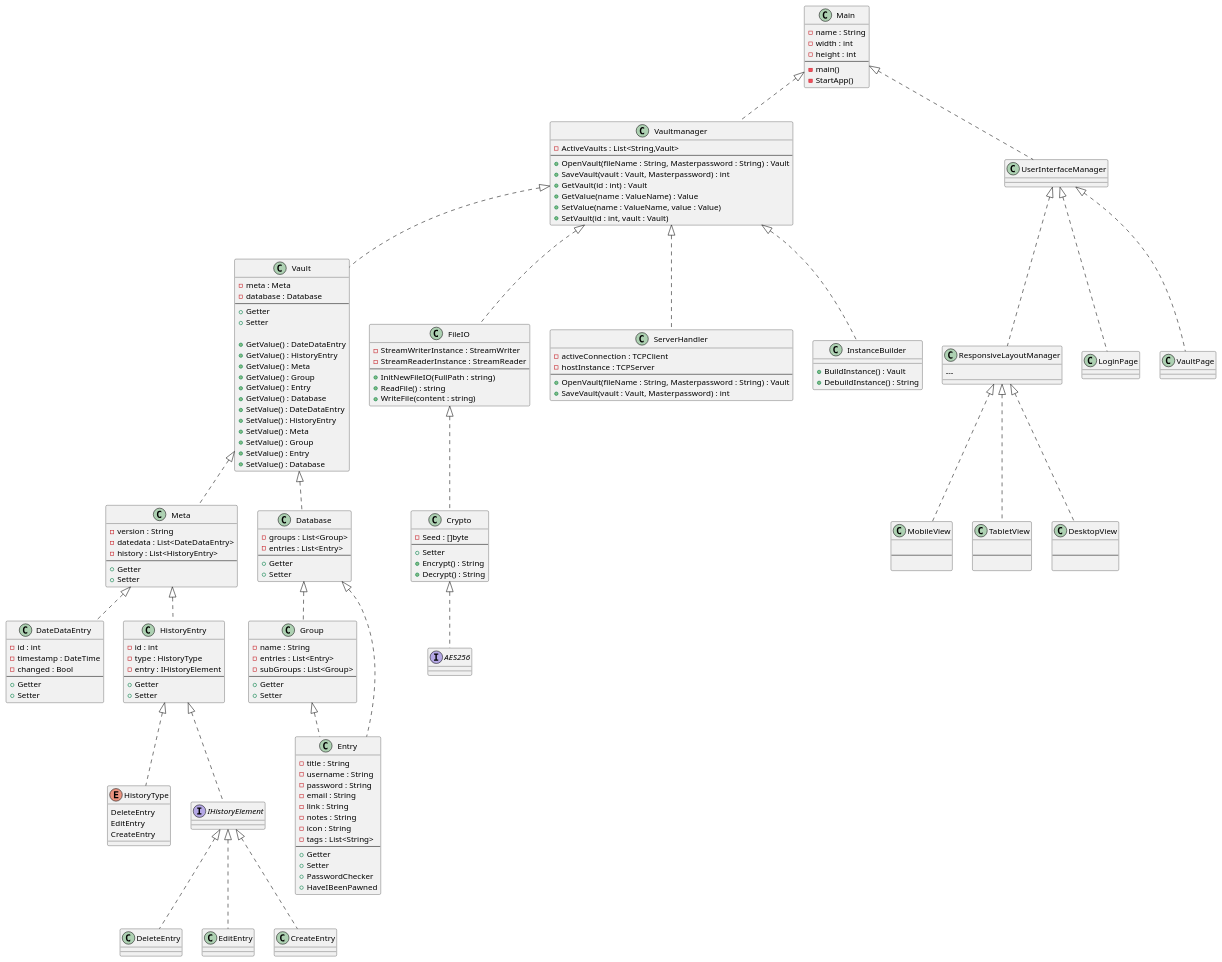
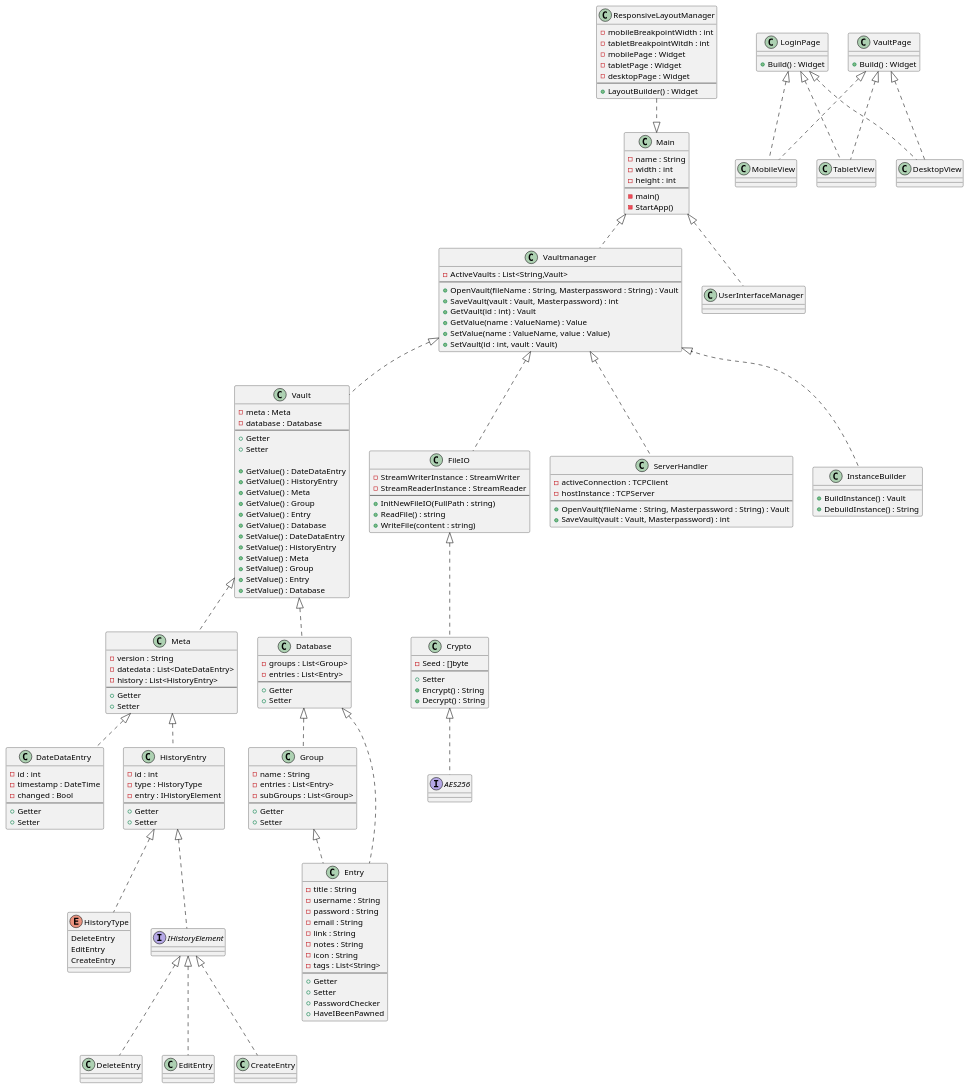
Before and after one commit to rogue4u/SWEP-Passwordmanager: the diagram in docs/ClassDiagram.plantuml, drawn with PlantUML.

```diff
--- a/docs/ClassDiagram.plantuml
+++ b/docs/ClassDiagram.plantuml
@@ -3,193 +3,192 @@
 @startuml ClassDiagram
 
 Main <|.. Vaultmanager
 Main <|.. UserInterfaceManager
 class Main {
     - name : String
     - width : int
     - height : int
     ---
     - main()
     - StartApp()
 }
 
 Vault <|.. Meta
 Vault <|.. Database
 class Vault {
     - meta : Meta
     - database : Database
     ---
     + Getter
     + Setter
 
     + GetValue() : DateDataEntry
     + GetValue() : HistoryEntry
     + GetValue() : Meta
     + GetValue() : Group
     + GetValue() : Entry
     + GetValue() : Database
     + SetValue() : DateDataEntry
     + SetValue() : HistoryEntry
     + SetValue() : Meta
     + SetValue() : Group
     + SetValue() : Entry
     + SetValue() : Database
 }
 
 Meta <|.. DateDataEntry
 Meta <|.. HistoryEntry
 class Meta {
     - version : String
     - datedata : List<DateDataEntry>
     - history : List<HistoryEntry>
     ---
     + Getter
     + Setter
 }
 
 class DateDataEntry {
     - id : int
     - timestamp : DateTime
     - changed : Bool
     ---
     + Getter
     + Setter
 }
 HistoryEntry <|.. HistoryType
 HistoryEntry <|.. IHistoryElement
 class HistoryEntry {
     - id : int
     - type : HistoryType
     - entry : IHistoryElement
     ---
     + Getter
     + Setter
 }
 enum HistoryType {
     DeleteEntry
     EditEntry
     CreateEntry
 }
 IHistoryElement <|.. DeleteEntry
 IHistoryElement <|.. EditEntry
 IHistoryElement <|.. CreateEntry
 interface IHistoryElement
 class DeleteEntry
 class EditEntry
 class EditEntry
 
 Database <|.. Group
 Database <|.. Entry
 class Database {
     - groups : List<Group>
     - entries : List<Entry>
     ---
     + Getter
     + Setter
 }
 
 Group <|.. Entry
 class Group {
     - name : String
     - entries : List<Entry>
     - subGroups : List<Group>
     ---
     + Getter
     + Setter
 }
 
 class Entry {
     - title : String
     - username : String
     - password : String
     - email : String
     - link : String
     - notes : String
     - icon : String
     - tags : List<String>
     ---
     + Getter
     + Setter
     + PasswordChecker
     + HaveIBeenPawned
 }
 
 Vaultmanager <|.. FileIO
 Vaultmanager <|.. Vault
 Vaultmanager <|.. ServerHandler
 Vaultmanager <|.. InstanceBuilder
 class Vaultmanager {
     - ActiveVaults : List<String,Vault>
     ---
     + OpenVault(fileName : String, Masterpassword : String) : Vault
     + SaveVault(vault : Vault, Masterpassword) : int
     + GetVault(id : int) : Vault
     + GetValue(name : ValueName) : Value
     + SetValue(name : ValueName, value : Value)
     + SetVault(id : int, vault : Vault)
 }
 FileIO <|.. Crypto
 class FileIO {
     - StreamWriterInstance : StreamWriter
     - StreamReaderInstance : StreamReader
     ---
     + InitNewFileIO(FullPath : string)
     + ReadFile() : string
     + WriteFile(content : string)
 }
 
 class ServerHandler {
     - activeConnection : TCPClient
     - hostInstance : TCPServer
     ---
     + OpenVault(fileName : String, Masterpassword : String) : Vault
     + SaveVault(vault : Vault, Masterpassword) : int
 }
 
 class InstanceBuilder {
     + BuildInstance() : Vault
     + DebuildInstance() : String
 }
 
 Crypto <|.. AES256
 class Crypto {
     - Seed : []byte
     ---
     + Setter
     + Encrypt() : String
     + Decrypt() : String
 }
 
 interface AES256 {}
 
-UserInterfaceManager <|.. ResponsiveLayoutManager
-UserInterfaceManager <|.. LoginPage
-UserInterfaceManager <|.. VaultPage
-class UserInterfaceManager {}
-class LoginPage  {}
-class VaultPage {}
-ResponsiveLayoutManager <|.. MobileView
-ResponsiveLayoutManager <|.. TabletView
-ResponsiveLayoutManager <|.. DesktopView
+ResponsiveLayoutManager ..|> Main
 class ResponsiveLayoutManager {
-
+    - mobileBreakpointWidth : int
+    - tabletBreakpointWitdh : int
+    - mobilePage : Widget
+    - tabletPage : Widget
+    - desktopPage : Widget
     ---
-    
+    + LayoutBuilder() : Widget
 }
 class MobileView {
-    
-    ---
-
 }
 class TabletView {
-    
-    ---
-
 }
 class DesktopView {
-    
-    ---
-
+}
+LoginPage <|.. MobileView
+LoginPage <|.. TabletView
+LoginPage <|.. DesktopView
+class LoginPage  {
+    + Build() : Widget
+}
+VaultPage <|.. MobileView
+VaultPage <|.. TabletView
+VaultPage <|.. DesktopView
+class VaultPage {
+    + Build() : Widget
 }
 
 @enduml
```
